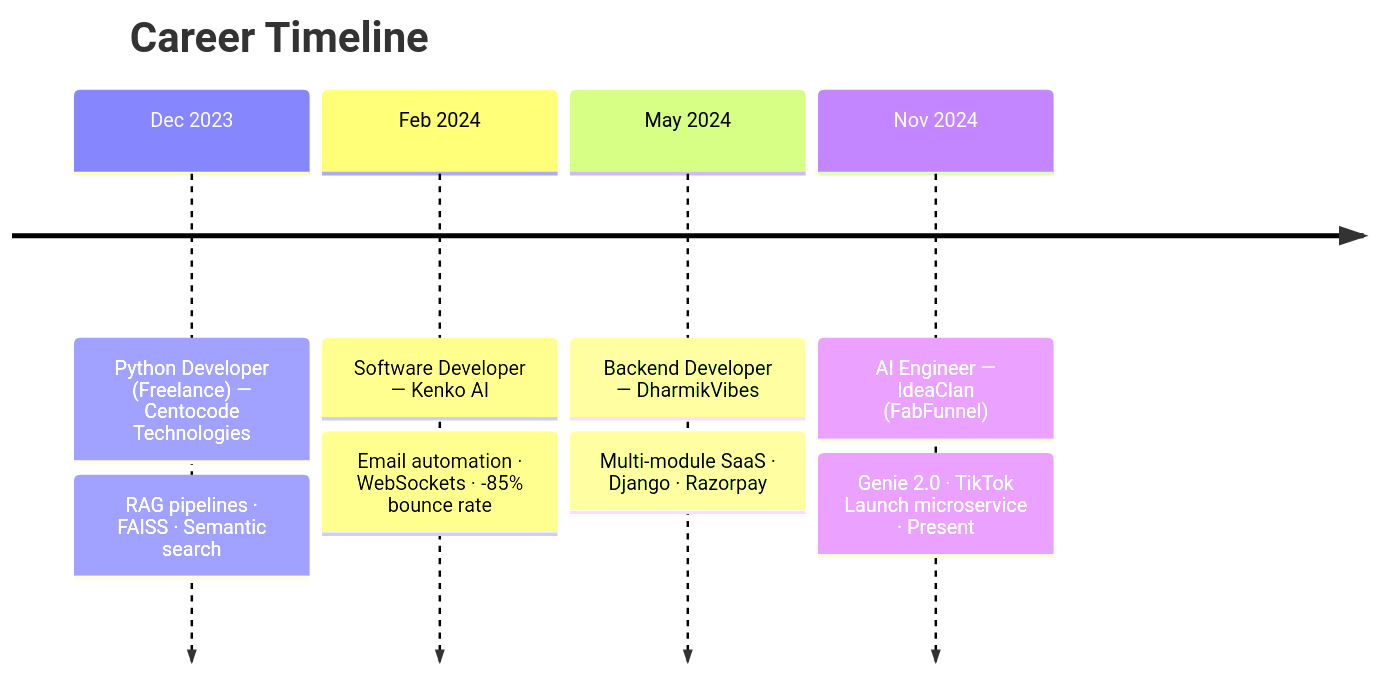
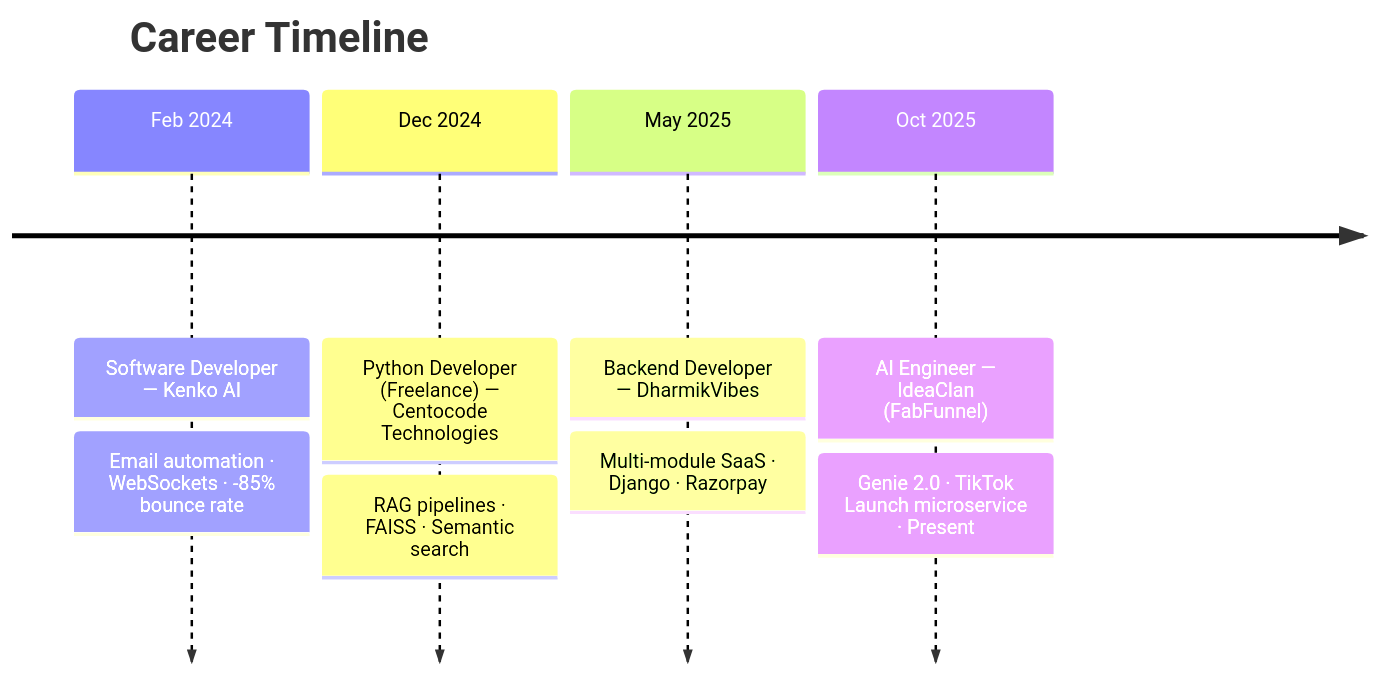
The diagram in README.MD (sushilsharma8/sushilsharma8), drawn with Mermaid before and after one commit. The commit also changed other lines of this file, not shown here.

Commit message:
Update career timeline and job descriptions in README

````diff
--- a/README.MD
+++ b/README.MD
@@ -93,12 +93,12 @@
 ```mermaid
 timeline
     title Career Timeline
-    Dec 2023 : Python Developer (Freelance) — Centocode Technologies
-             : RAG pipelines · FAISS · Semantic search
     Feb 2024 : Software Developer — Kenko AI
              : Email automation · WebSockets · -85% bounce rate
-    May 2024 : Backend Developer — DharmikVibes
+    Dec 2024 : Python Developer (Freelance) — Centocode Technologies
+             : RAG pipelines · FAISS · Semantic search
+    May 2025 : Backend Developer — DharmikVibes
              : Multi-module SaaS · Django · Razorpay
-    Nov 2024 : AI Engineer — IdeaClan (FabFunnel)
+    Oct 2025 : AI Engineer — IdeaClan (FabFunnel)
              : Genie 2.0 · TikTok Launch microservice · Present
 ```
````
